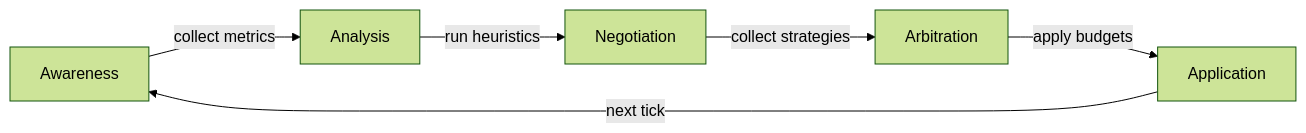
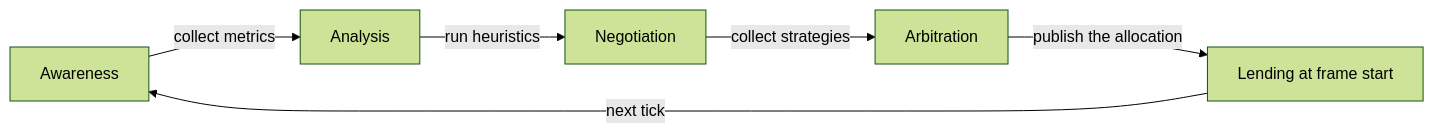
The first of 2 diagrams in docs/src/concepts/gorna.md (eraflo/KhoraEngine), drawn with Mermaid (forest theme) before and after one commit. The commit also changed other lines of this file and 35 other files, not shown here.

First line of the commit message:
fix(control): allocations apply at frame start

````diff
--- a/docs/src/concepts/gorna.md
+++ b/docs/src/concepts/gorna.md
@@ -39,8 +39,8 @@
 ```mermaid
 flowchart LR
     A[Awareness] -->|collect metrics| B[Analysis]
     B -->|run heuristics| C[Negotiation]
     C -->|collect strategies| D[Arbitration]
-    D -->|apply budgets| E[Application]
+    D -->|publish the allocation| E[Lending at frame start]
     E -->|next tick| A
 ```
````
